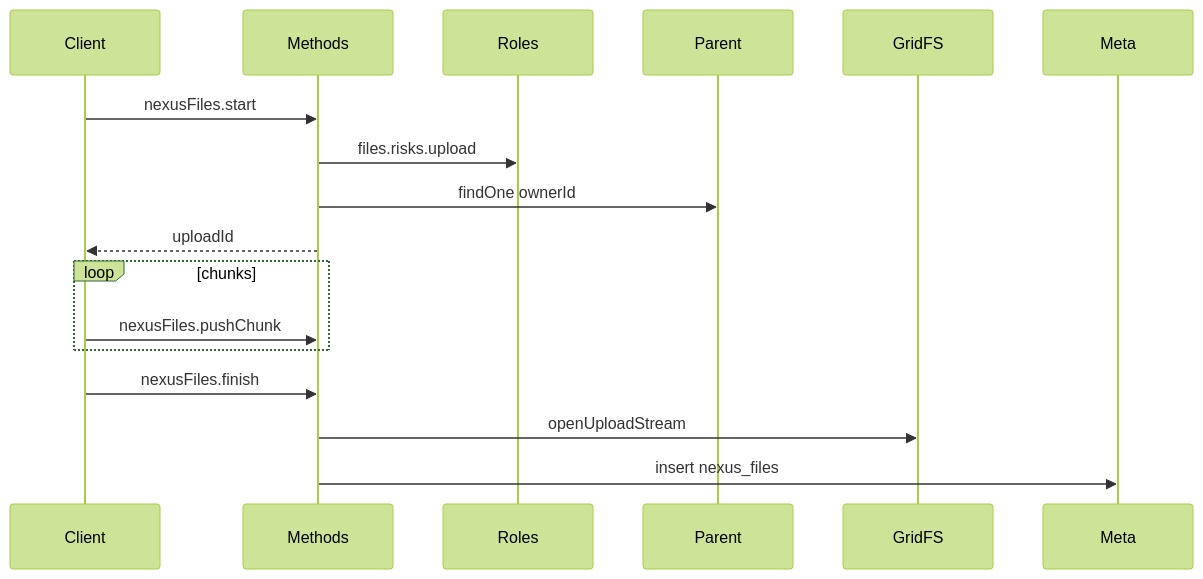
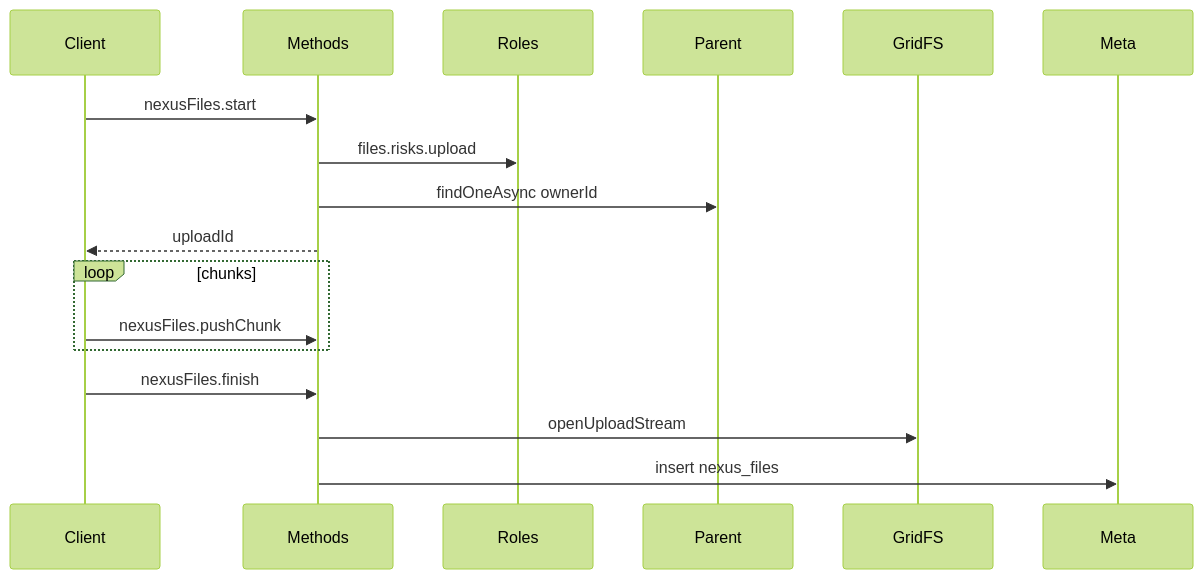
The second of 2 diagrams in packages/files/README.md (kasgarally/ik-nexus), drawn with Mermaid (forest theme) before and after one commit. The commit also changed other lines of this file and 34 other files, not shown here.

````diff
--- a/packages/files/README.md
+++ b/packages/files/README.md
@@ -188,19 +189,19 @@
 ```mermaid
 sequenceDiagram
   participant Client
   participant Methods
   participant Roles
   participant Parent
   participant GridFS
   participant Meta
   Client->>Methods: nexusFiles.start
   Methods->>Roles: files.risks.upload
-  Methods->>Parent: findOne ownerId
+  Methods->>Parent: findOneAsync ownerId
   Methods-->>Client: uploadId
   loop chunks
     Client->>Methods: nexusFiles.pushChunk
   end
   Client->>Methods: nexusFiles.finish
   Methods->>GridFS: openUploadStream
   Methods->>Meta: insert nexus_files
 ```
````
